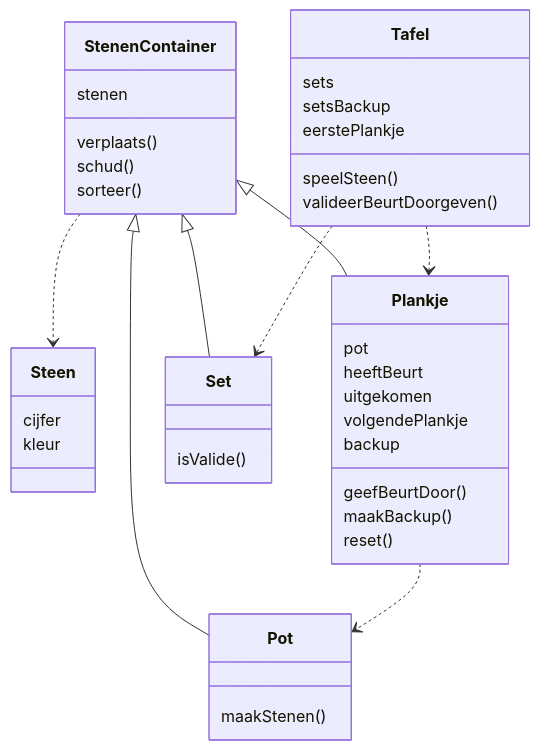
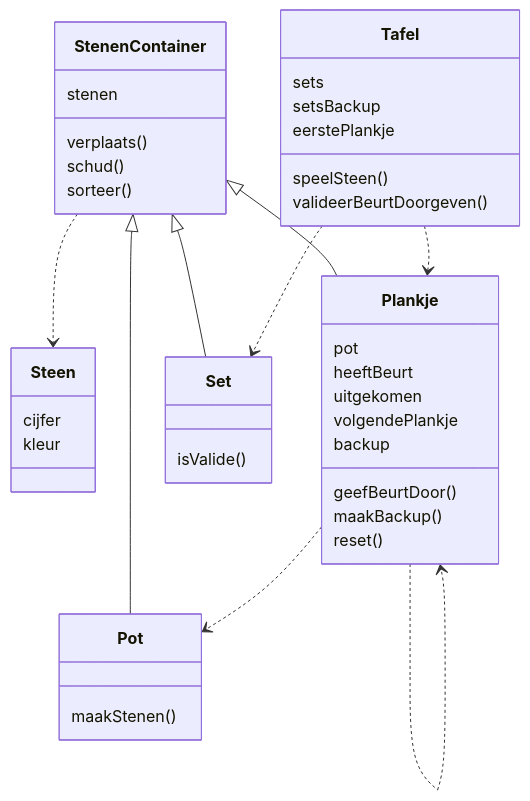
One commit to psvansluis/rummikub changed the second of 2 diagrams in README.md. Above: the diagram before and after it, drawn with Mermaid.

Commit message:
plankje wijst naar zelf

````diff
--- a/README.md
+++ b/README.md
@@ -81,49 +81,50 @@
 ```mermaid
 classDiagram
 
 class Steen{
 cijfer
 kleur}
 
 class StenenContainer{
 stenen
 verplaats()
 schud()
 sorteer()
 }
 
 class Pot{
 maakStenen()}
 
 class Plankje{
 pot
 heeftBeurt
 uitgekomen
 volgendePlankje
 backup
 geefBeurtDoor()
 maakBackup()
 reset()
 }
 
 class Set{
 isValide()
 }
 
 
 class Tafel{
 sets
 setsBackup
 eerstePlankje
 speelSteen()
 valideerBeurtDoorgeven()}
 
 StenenContainer <|-- Pot
 StenenContainer <|-- Plankje
 StenenContainer <|-- Set
 StenenContainer ..> Steen
 Tafel ..> Set
 Tafel ..> Plankje
 Plankje ..> Pot
+Plankje ..> Plankje
 
 ```
````
